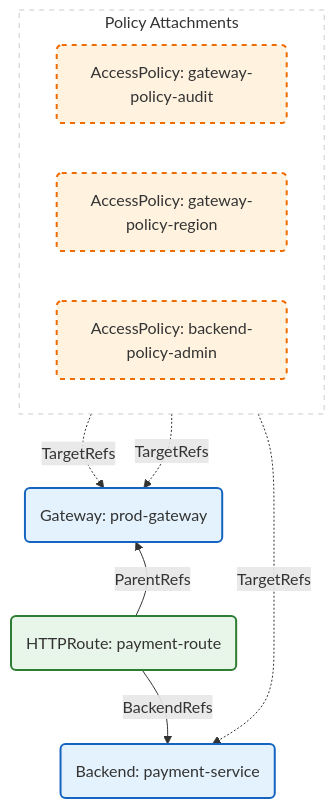
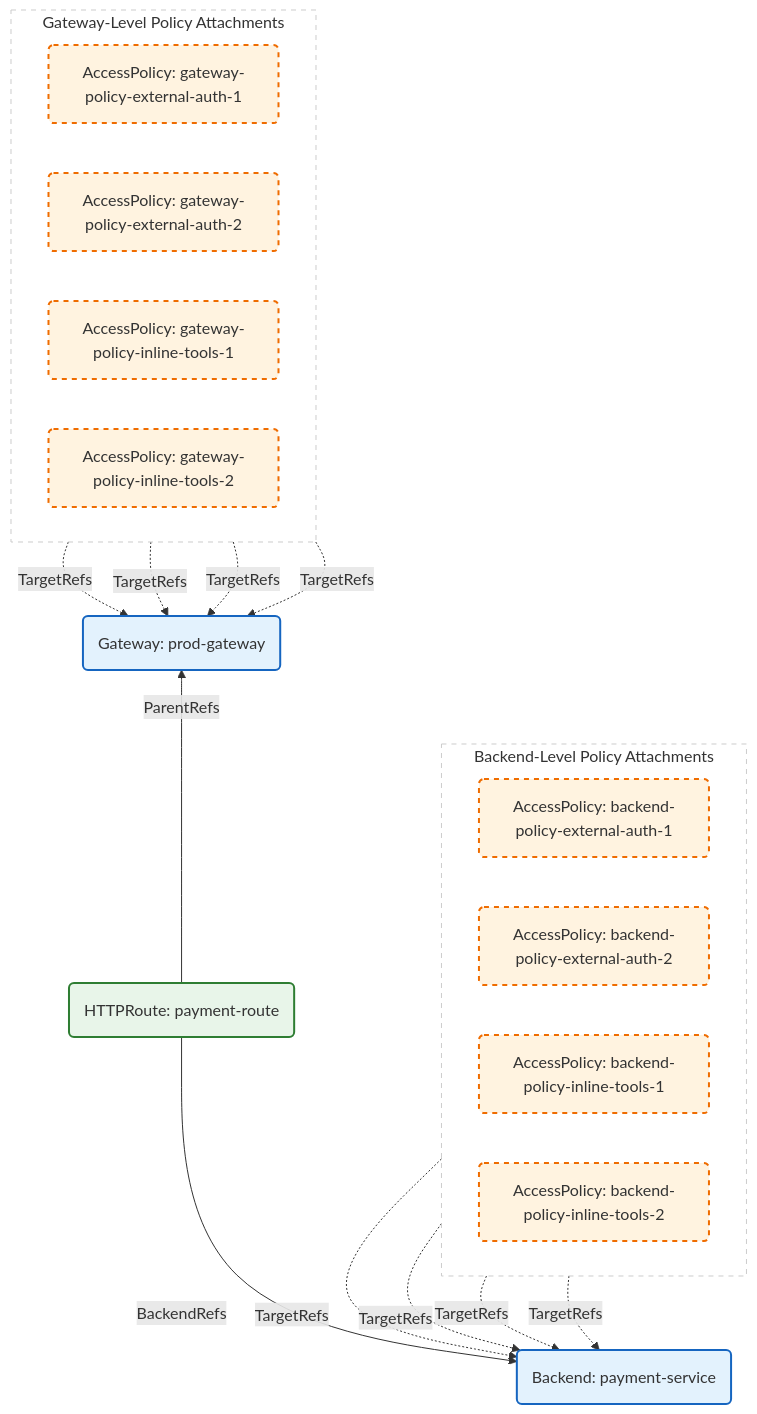
One commit to kubernetes-sigs/kube-agentic-networking changed the diagram in docs/proposals/0059-AccessPolicyTargetRefs.md. Above: the diagram before and after it, drawn with Mermaid. The commit also changed other lines of this file, not shown here.

First line of the commit message:
Enhance the evaluation rules of AccessPolicy objects

````diff
--- a/docs/proposals/0059-AccessPolicyTargetRefs.md
+++ b/docs/proposals/0059-AccessPolicyTargetRefs.md
@@ -43,38 +57,62 @@
 ```mermaid
 graph TD
     %% 1. Policies at the Top
-    subgraph PolicyLayer [Policy Attachments]
+    subgraph PolicyLayer [Gateway-Level Policy Attachments]
         direction LR
-        GPA1(AccessPolicy: gateway-policy-audit)
-        GPR1(AccessPolicy: gateway-policy-region)
-        BPA1(AccessPolicy: backend-policy-admin)
+        GPA1(AccessPolicy: gateway-policy-external-auth-1)
+        GPA2(AccessPolicy: gateway-policy-external-auth-2)
+        GPR1(AccessPolicy: gateway-policy-inline-tools-1)
+        GPR2(AccessPolicy: gateway-policy-inline-tools-2)
     end
 
     %% 2. Infrastructure & Routing on the same line
     %% We define the order here: Gateway <-> Route <-> Backend
     GW(Gateway: prod-gateway)
     Route(HTTPRoute: payment-route)
     BE(Backend: payment-service)
 
     %% Invisible links to force horizontal alignment
     GW ~~~ Route ~~~ BE
 
     %% 3. Vertical Arrows (Policies pointing DOWN)
     GPA1 -. "TargetRefs" .-> GW
+    GPA2 -. "TargetRefs" .-> GW
     GPR1 -. "TargetRefs" .-> GW
-    BPA1 -. "TargetRefs" .-> BE
+    GPR2 -. "TargetRefs" .-> GW
 
     %% 4. Horizontal Arrows (Routing logic)
     Route -- "ParentRefs" --> GW
     Route -- "BackendRefs" --> BE
+
+    %% 5. Backend Policy at the Bottom
+    subgraph BackendPolicyLayer [Backend-Level Policy Attachments]
+        direction LR
+        BPA1(AccessPolicy: backend-policy-external-auth-1)
+        BPA2(AccessPolicy: backend-policy-external-auth-2)
+        BPI1(AccessPolicy: backend-policy-inline-tools-1)
+        BPI2(AccessPolicy: backend-policy-inline-tools-2)
+    end
+
+    %% Target arrows
+    BPA1 -. "TargetRefs" .-> BE
+    BPA2 -. "TargetRefs" .-> BE
+    BPI1 -. "TargetRefs" .-> BE
+    BPI2 -. "TargetRefs" .-> BE
+    
+    %% Force BackendPolicyLayer below BE
+    BE ~~~ BPA1
+    BE ~~~ BPA2
+    BE ~~~ BPI1
+    BE ~~~ BPI2
 
     %% --- STYLING ---
     classDef infra fill:#e3f2fd,stroke:#1565c0,stroke-width:2px;
     classDef routing fill:#e8f5e9,stroke:#2e7d32,stroke-width:2px;
     classDef policy fill:#fff3e0,stroke:#ef6c00,stroke-width:2px,stroke-dasharray: 5 5;
 
     class GW,BE infra;
     class Route routing;
-    class GPA1,GPR1,BPA1 policy;
+    class GPA1,GPR1,GPA2,GPR2,BPA1,BPA2,BPI1,BPI2 policy;
     style PolicyLayer fill:none,stroke:#ccc,stroke-dasharray: 5 5;
+    style BackendPolicyLayer fill:none,stroke:#ccc,stroke-dasharray: 5 5;
 ```
````
